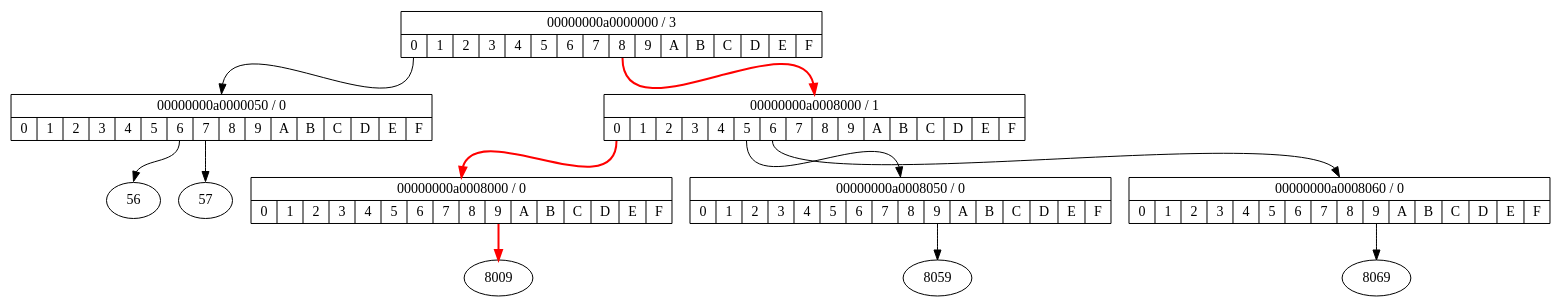
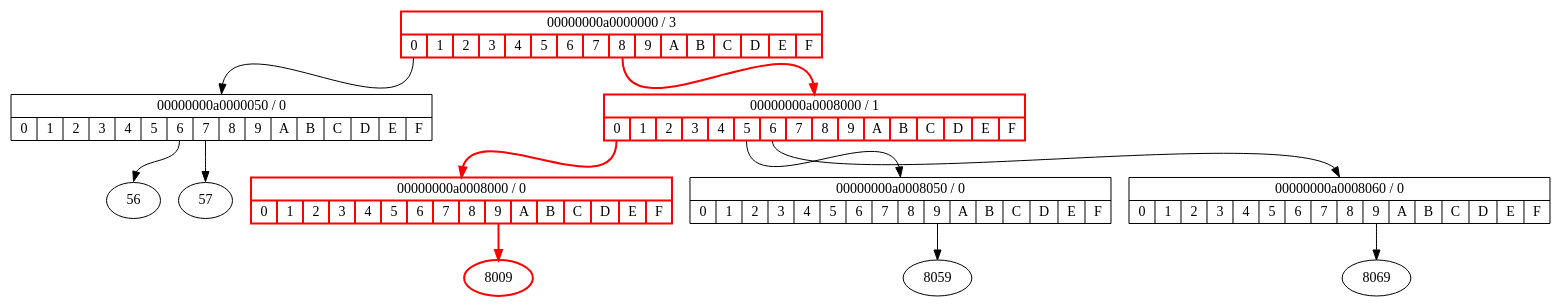
Before and after one commit to billziss-gh/imap: the diagram in doc/lookup.dot, drawn with Graphviz. The commit also changed 2 other files, not shown here.

```diff
--- a/doc/lookup.dot
+++ b/doc/lookup.dot
@@ -1,18 +1,19 @@
 digraph {
-"80" [shape=record label="{00000000a0000000 / 3|{<0>0|<1>1|<2>2|<3>3|<4>4|<5>5|<6>6|<7>7|<8>8|<9>9|<A>A|<B>B|<C>C|<D>D|<E>E|<F>F}}"]
+"80" [penwidth=2 color=red shape=record label="{00000000a0000000 / 3|{<0>0|<1>1|<2>2|<3>3|<4>4|<5>5|<6>6|<7>7|<8>8|<9>9|<A>A|<B>B|<C>C|<D>D|<E>E|<F>F}}"]
 "80":"0":s->"40":n
 "80":"8":s->"100":n [penwidth=2 color=red]
 "40" [shape=record label="{00000000a0000050 / 0|{<0>0|<1>1|<2>2|<3>3|<4>4|<5>5|<6>6|<7>7|<8>8|<9>9|<A>A|<B>B|<C>C|<D>D|<E>E|<F>F}}"]
 "40":"6":s->"56":n
 "40":"7":s->"57":n
-"100" [shape=record label="{00000000a0008000 / 1|{<0>0|<1>1|<2>2|<3>3|<4>4|<5>5|<6>6|<7>7|<8>8|<9>9|<A>A|<B>B|<C>C|<D>D|<E>E|<F>F}}"]
+"100" [penwidth=2 color=red shape=record label="{00000000a0008000 / 1|{<0>0|<1>1|<2>2|<3>3|<4>4|<5>5|<6>6|<7>7|<8>8|<9>9|<A>A|<B>B|<C>C|<D>D|<E>E|<F>F}}"]
 "100":"0":s->"c0":n [penwidth=2 color=red]
 "100":"5":s->"140":n
 "100":"6":s->"180":n
-"c0" [shape=record label="{00000000a0008000 / 0|{<0>0|<1>1|<2>2|<3>3|<4>4|<5>5|<6>6|<7>7|<8>8|<9>9|<A>A|<B>B|<C>C|<D>D|<E>E|<F>F}}"]
+"c0" [penwidth=2 color=red shape=record label="{00000000a0008000 / 0|{<0>0|<1>1|<2>2|<3>3|<4>4|<5>5|<6>6|<7>7|<8>8|<9>9|<A>A|<B>B|<C>C|<D>D|<E>E|<F>F}}"]
 "c0":"9":s->"8009":n [penwidth=2 color=red]
+"8009" [penwidth=2 color=red]
 "140" [shape=record label="{00000000a0008050 / 0|{<0>0|<1>1|<2>2|<3>3|<4>4|<5>5|<6>6|<7>7|<8>8|<9>9|<A>A|<B>B|<C>C|<D>D|<E>E|<F>F}}"]
 "140":"9":s->"8059":n
 "180" [shape=record label="{00000000a0008060 / 0|{<0>0|<1>1|<2>2|<3>3|<4>4|<5>5|<6>6|<7>7|<8>8|<9>9|<A>A|<B>B|<C>C|<D>D|<E>E|<F>F}}"]
 "180":"9":s->"8069":n
 }
```
